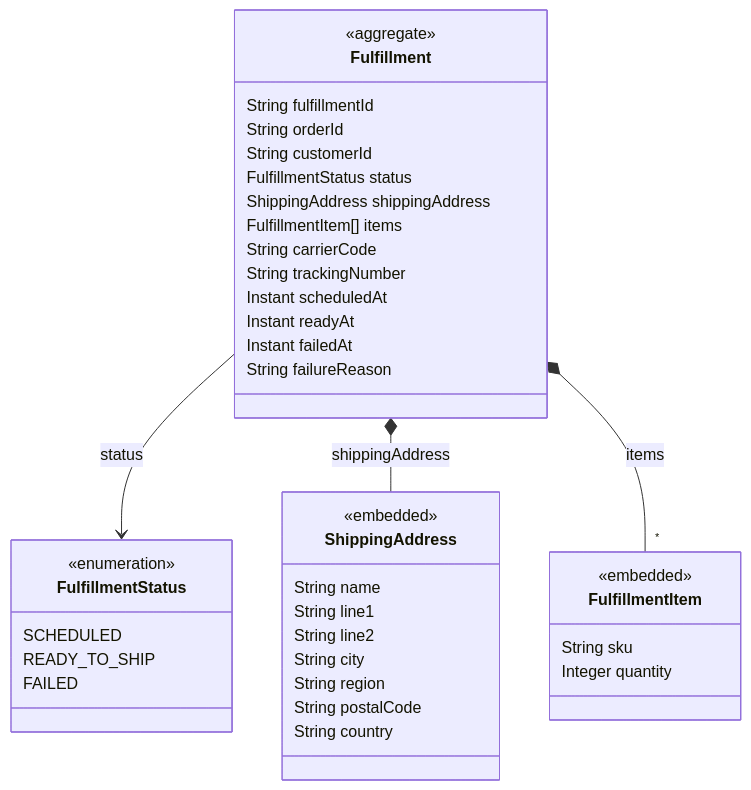
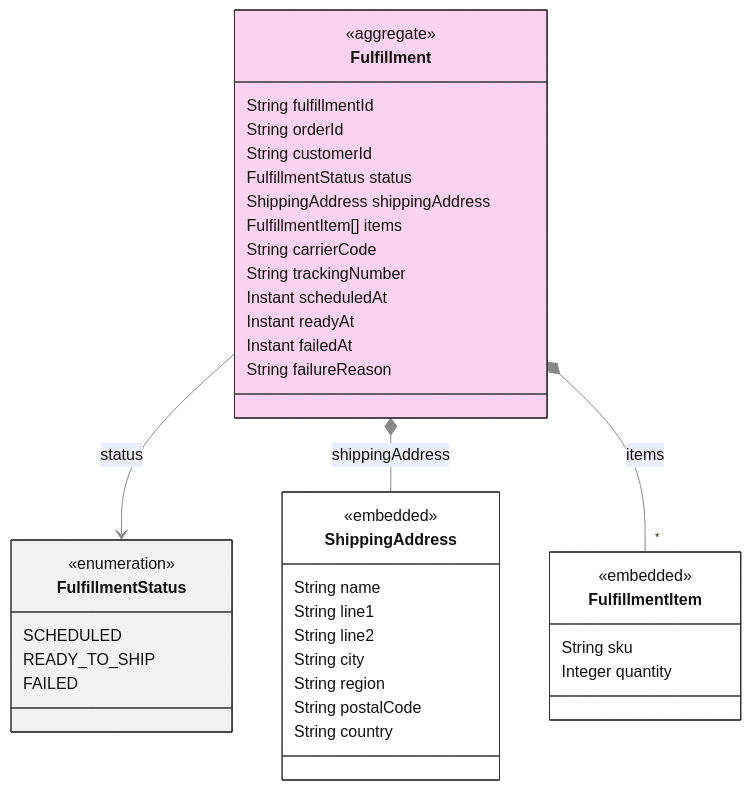
Before and after one commit to ZenWave360/dsl-kotlin: the third of 4 diagrams in dsl-docs/src/commonTest/resources/snapshots/arcadia-modulith/modules/fulfillment-shipping.md, drawn with Mermaid. The commit also changed other lines of this file and 21 other files, not shown here.

Commit message:
feat(views): event class diagrams, light class diagram styling, command adapters

````diff
--- a/dsl-docs/src/commonTest/resources/snapshots/arcadia-modulith/modules/fulfillment-shipping.md
+++ b/dsl-docs/src/commonTest/resources/snapshots/arcadia-modulith/modules/fulfillment-shipping.md
@@ -90,42 +102,53 @@
 ```mermaid
+---
+config:
+  theme: default
+  themeVariables:
+    lineColor: "#888888"
+    edgeLabelBackground: "#ffffff"
+---
 classDiagram
     class Fulfillment {
         <<aggregate>>
         String fulfillmentId
         String orderId
         String customerId
         FulfillmentStatus status
         ShippingAddress shippingAddress
         FulfillmentItem[] items
         String carrierCode
         String trackingNumber
         Instant scheduledAt
         Instant readyAt
         Instant failedAt
         String failureReason
     }
     class ShippingAddress {
         <<embedded>>
         String name
         String line1
         String line2
         String city
         String region
         String postalCode
         String country
     }
     class FulfillmentItem {
         <<embedded>>
         String sku
         Integer quantity
     }
     class FulfillmentStatus {
         <<enumeration>>
         SCHEDULED
         READY_TO_SHIP
         FAILED
     }
     Fulfillment --> FulfillmentStatus : status
     Fulfillment *-- ShippingAddress : shippingAddress
     Fulfillment *-- "*" FulfillmentItem : items
+    style Fulfillment fill:#fbd3ee,stroke:#333333,color:#111111
+    style ShippingAddress fill:#ffffff,stroke:#333333,color:#111111
+    style FulfillmentItem fill:#ffffff,stroke:#333333,color:#111111
+    style FulfillmentStatus fill:#f2f2f2,stroke:#333333,color:#111111
 ```
````
